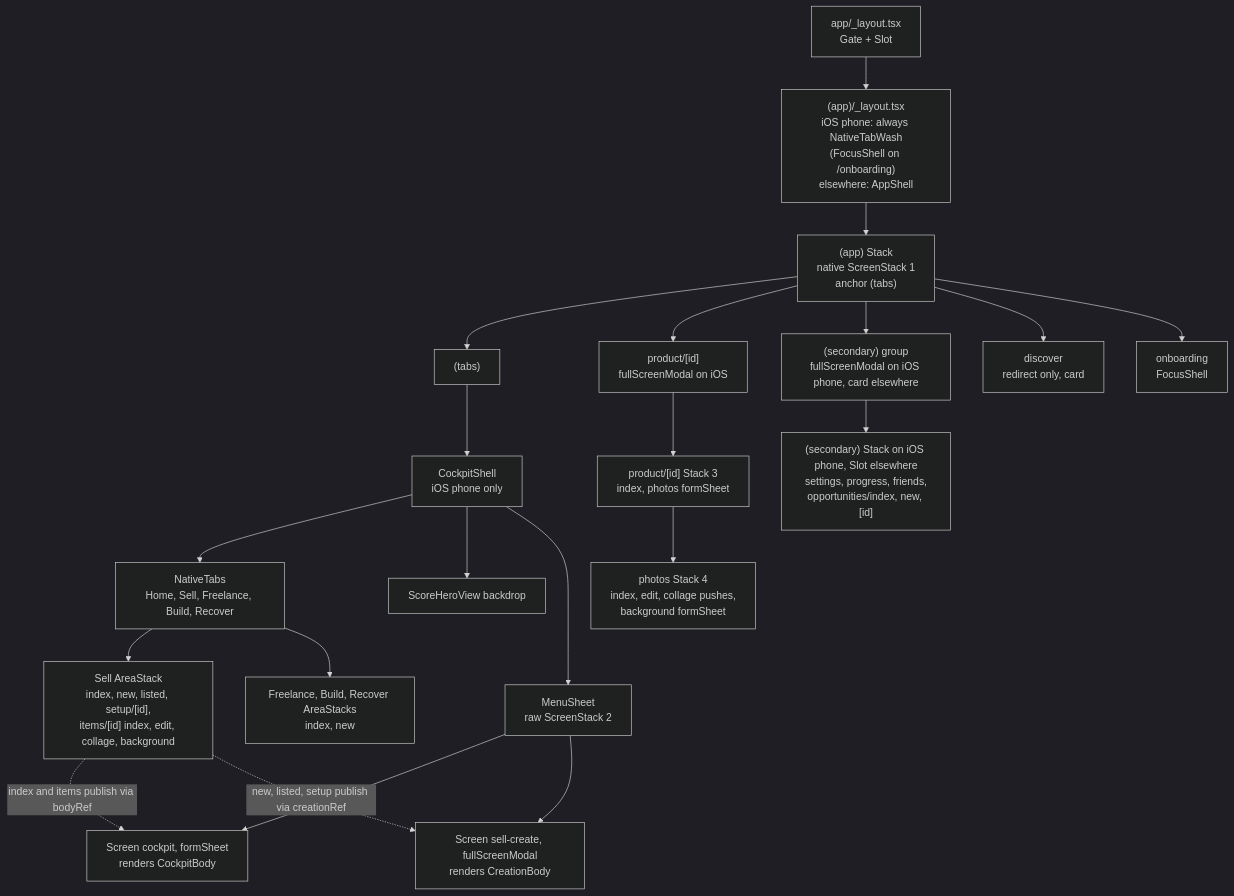
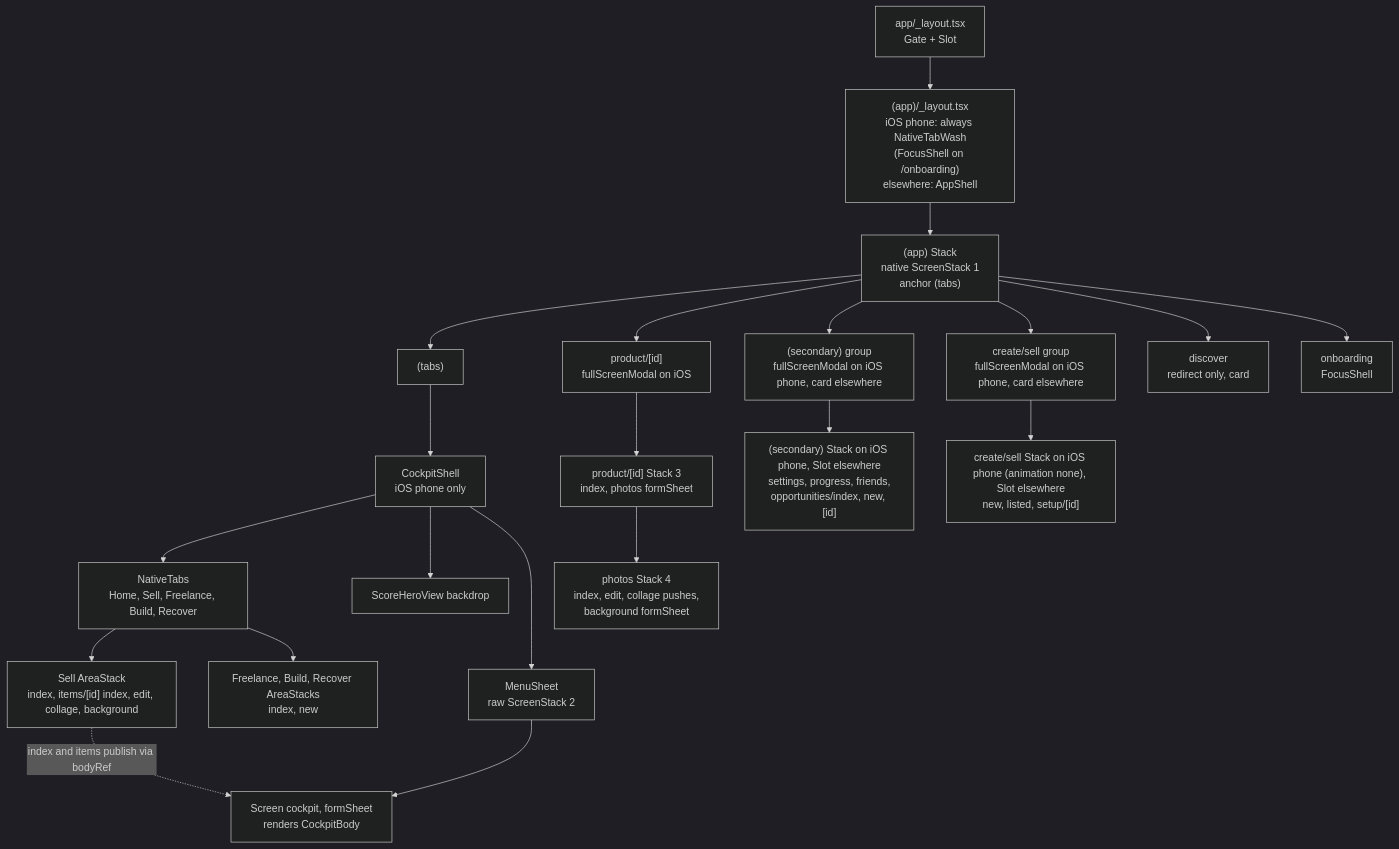
Before and after one commit to yke10003/chase-the-money: the first of 3 diagrams in docs/technical/navigation.md, drawn with Mermaid (dark theme). The commit also changed other lines of this file and 28 other files, not shown here.

First line of the commit message:
feat(app): move Sell creation to a root-owned modal

````diff
--- a/docs/technical/navigation.md
+++ b/docs/technical/navigation.md
@@ -122,23 +122,23 @@
 ```mermaid
 flowchart TD
   Root["app/_layout.tsx<br/>Gate + Slot"] --> App["(app)/_layout.tsx<br/>iOS phone: always NativeTabWash<br/>(FocusShell on /onboarding)<br/>elsewhere: AppShell"]
   App --> S1["(app) Stack<br/>native ScreenStack 1<br/>anchor (tabs)"]
   S1 --> Tabs["(tabs)"]
   S1 --> Product["product/[id]<br/>fullScreenModal on iOS"]
   S1 --> Secondary["(secondary) group<br/>fullScreenModal on iOS phone, card elsewhere"]
   Secondary --> SecStack["(secondary) Stack on iOS phone, Slot elsewhere<br/>settings, progress, friends,<br/>opportunities/index, new, [id]"]
+  S1 --> Create["create/sell group<br/>fullScreenModal on iOS phone, card elsewhere"]
+  Create --> CreateStack["create/sell Stack on iOS phone (animation none), Slot elsewhere<br/>new, listed, setup/[id]"]
   S1 --> Disc["discover<br/>redirect only, card"]
   S1 --> Onb["onboarding<br/>FocusShell"]
   Tabs --> CS["CockpitShell<br/>iOS phone only"]
   CS --> NT["NativeTabs<br/>Home, Sell, Freelance, Build, Recover"]
   CS --> Hero["ScoreHeroView backdrop"]
   CS --> MS["MenuSheet<br/>raw ScreenStack 2"]
   MS --> Cockpit["Screen cockpit, formSheet<br/>renders CockpitBody"]
-  MS --> Cover["Screen sell-create, fullScreenModal<br/>renders CreationBody"]
-  NT --> SellStack["Sell AreaStack<br/>index, new, listed, setup/[id],<br/>items/[id] index, edit, collage, background"]
+  NT --> SellStack["Sell AreaStack<br/>index, items/[id] index, edit, collage, background"]
   NT --> Others["Freelance, Build, Recover AreaStacks<br/>index, new"]
   Product --> PS["product/[id] Stack 3<br/>index, photos formSheet"]
   PS --> PhS["photos Stack 4<br/>index, edit, collage pushes,<br/>background formSheet"]
   SellStack -.->|"index and items publish via bodyRef"| Cockpit
-  SellStack -.->|"new, listed, setup publish via creationRef"| Cover
 ```
````
